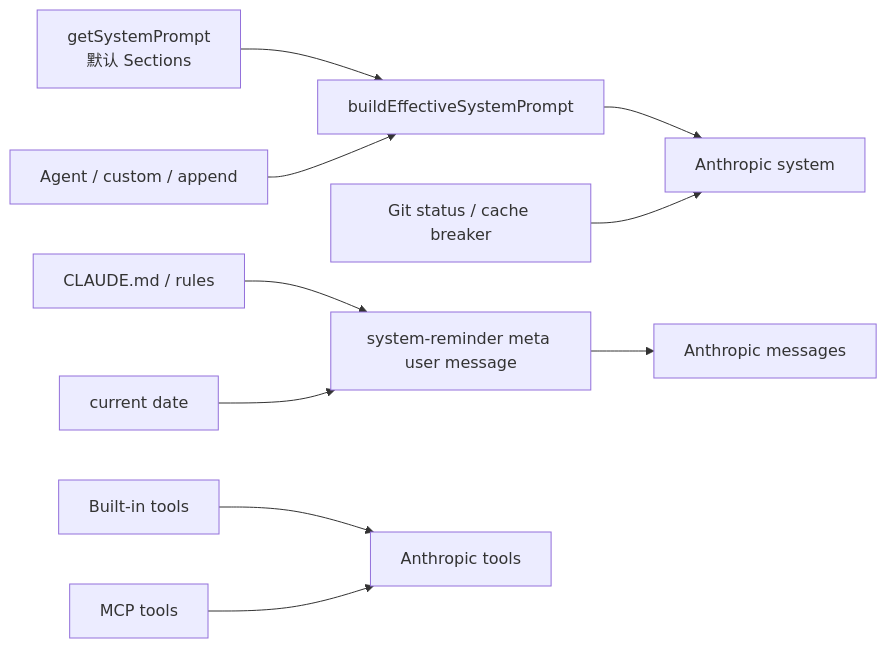
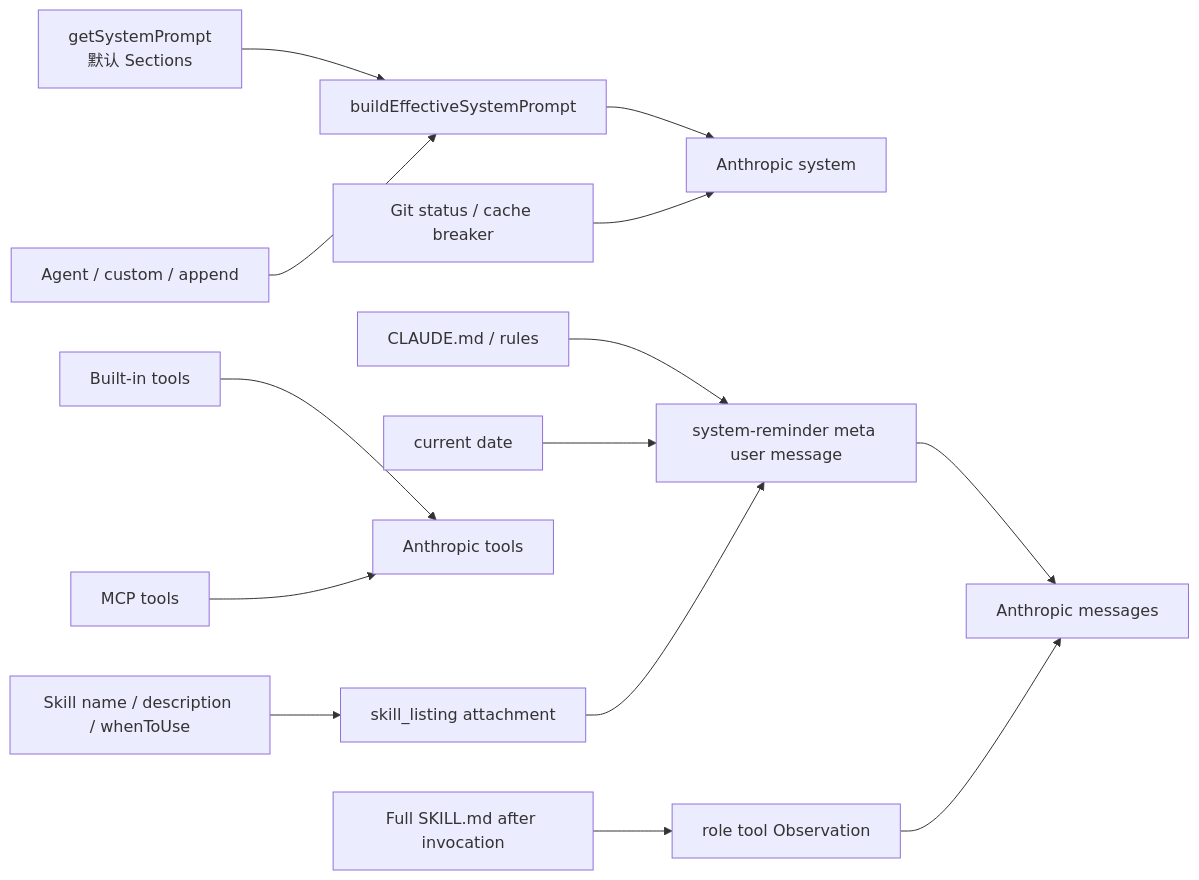
One commit to Sun-Kas/k_agent changed the first of 2 diagrams in docs/system-prompt-composition-technical-solution.md. Above: the diagram before and after it, drawn with Mermaid. The commit also changed other lines of this file and 62 other files, not shown here.

````diff
--- a/docs/system-prompt-composition-technical-solution.md
+++ b/docs/system-prompt-composition-technical-solution.md
@@ -20,14 +20,19 @@
 ```mermaid
 flowchart LR
     DEFAULT[getSystemPrompt\n默认 Sections] --> EFFECTIVE[buildEffectiveSystemPrompt]
     OVERRIDE[Agent / custom / append] --> EFFECTIVE
     EFFECTIVE --> SYSTEM[Anthropic system]
     SYSCONTEXT[Git status / cache breaker] --> SYSTEM
 
     CLAUDEMD[CLAUDE.md / rules] --> USERCTX[system-reminder meta user message]
     DATE[current date] --> USERCTX
     USERCTX --> MESSAGES[Anthropic messages]
 
     LOCAL[Built-in tools] --> TOOLS[Anthropic tools]
     MCP[MCP tools] --> TOOLS
+
+    SKILLMETA[Skill name / description / whenToUse] --> SKILLREMINDER[skill_listing attachment]
+    SKILLREMINDER --> USERCTX
+    SKILLBODY[Full SKILL.md after invocation] --> SKILLMESSAGE[role tool Observation]
+    SKILLMESSAGE --> MESSAGES
 ```
````
